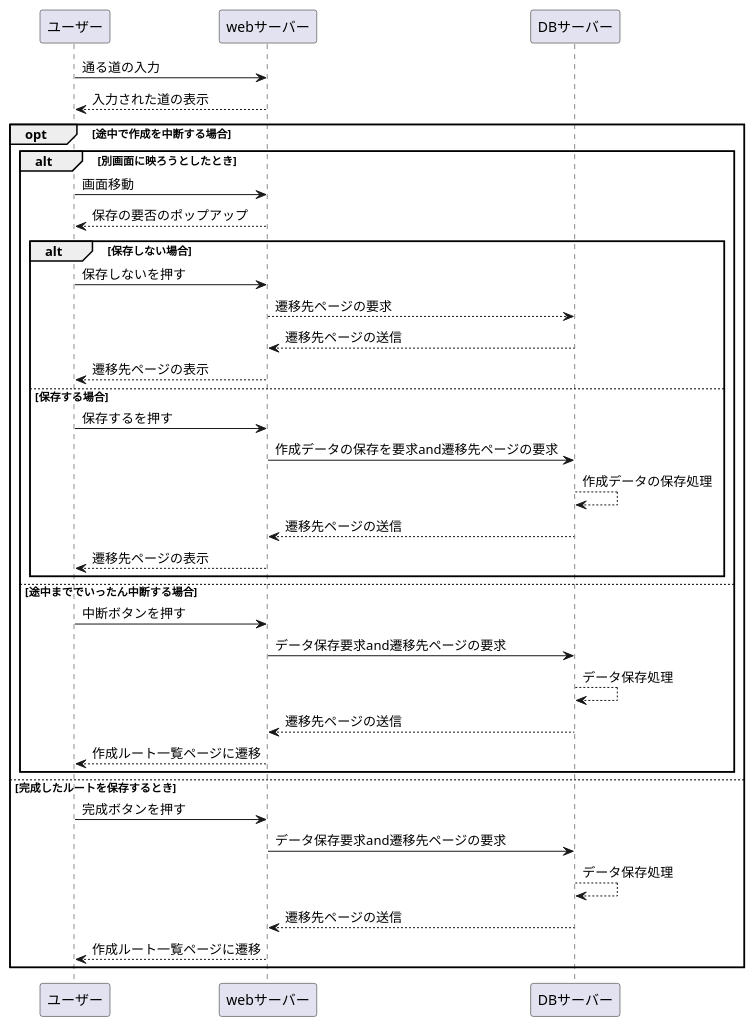
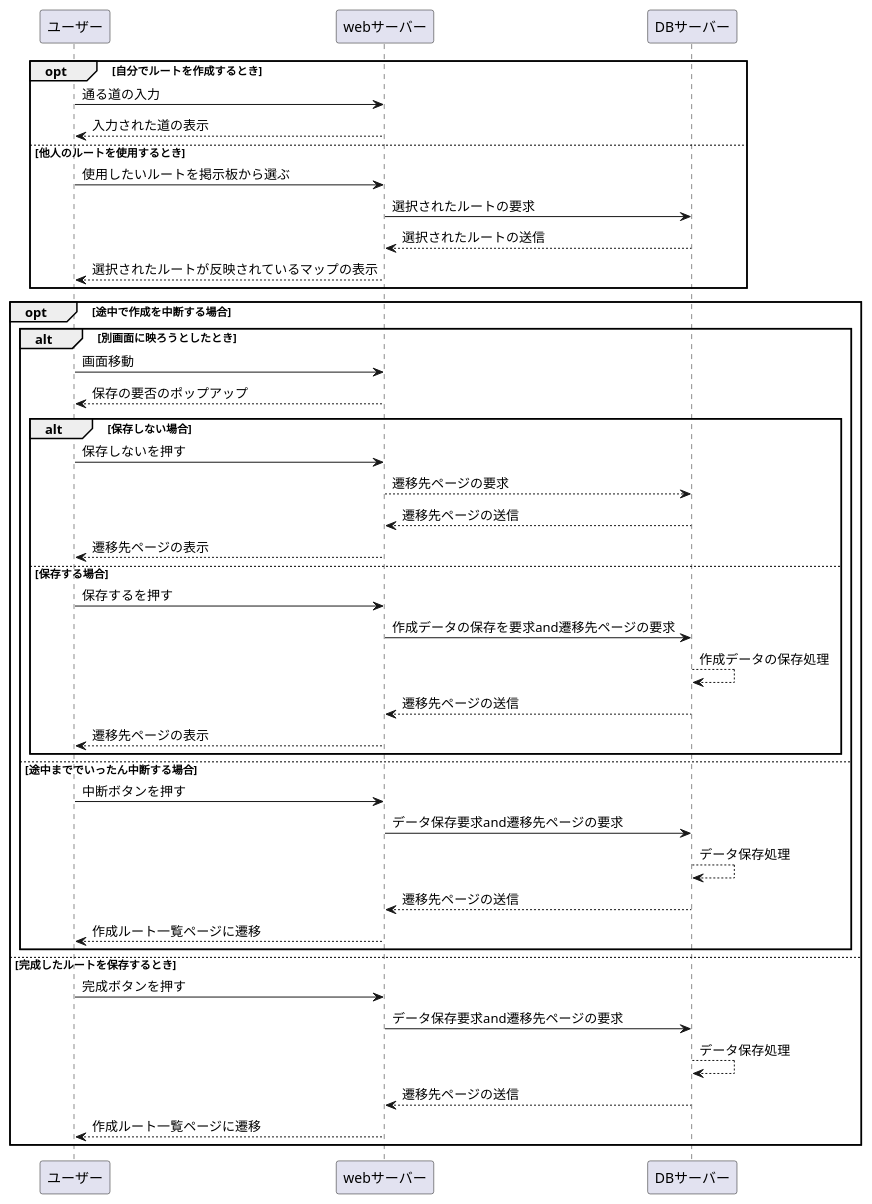
One commit to AsoSD3A3/CyclingSystem changed the diagram in 業務フロー図/rootcreate_flow.md. Above: the diagram before and after it, drawn with PlantUML.

````diff
--- a/業務フロー図/rootcreate_flow.md
+++ b/業務フロー図/rootcreate_flow.md
@@ -1,53 +1,62 @@
 ```uml
 @startuml
+opt 自分でルートを作成するとき
 
 ユーザー -> webサーバー : 通る道の入力
 webサーバー --> ユーザー : 入力された道の表示
+
+else 他人のルートを使用するとき
+
+ユーザー -> webサーバー : 使用したいルートを掲示板から選ぶ
+webサーバー -> DBサーバー : 選択されたルートの要求
+DBサーバー --> webサーバー : 選択されたルートの送信
+webサーバー --> ユーザー : 選択されたルートが反映されているマップの表示
+end
 
 opt 途中で作成を中断する場合
 
 alt 別画面に映ろうとしたとき
 
 ユーザー -> webサーバー : 画面移動
 webサーバー --> ユーザー : 保存の要否のポップアップ
 
 alt 保存しない場合
 
 ユーザー -> webサーバー : 保存しないを押す
 webサーバー --> DBサーバー : 遷移先ページの要求
 DBサーバー --> webサーバー : 遷移先ページの送信
 webサーバー --> ユーザー : 遷移先ページの表示
 
 
 else 保存する場合
 
 ユーザー -> webサーバー : 保存するを押す
 webサーバー -> DBサーバー : 作成データの保存を要求and遷移先ページの要求
 DBサーバー --> DBサーバー : 作成データの保存処理
 DBサーバー --> webサーバー : 遷移先ページの送信
 webサーバー --> ユーザー : 遷移先ページの表示
 
 end
 
 else 途中まででいったん中断する場合
 
 ユーザー -> webサーバー : 中断ボタンを押す
 webサーバー -> DBサーバー : データ保存要求and遷移先ページの要求
 DBサーバー --> DBサーバー : データ保存処理
 DBサーバー --> webサーバー : 遷移先ページの送信
 webサーバー --> ユーザー : 作成ルート一覧ページに遷移
 
 end
 
 else 完成したルートを保存するとき
 
 ユーザー -> webサーバー : 完成ボタンを押す
 webサーバー -> DBサーバー : データ保存要求and遷移先ページの要求
 DBサーバー --> DBサーバー : データ保存処理
 DBサーバー --> webサーバー : 遷移先ページの送信
 webサーバー --> ユーザー : 作成ルート一覧ページに遷移
 
 end
 
 @enduml
 ```
````
